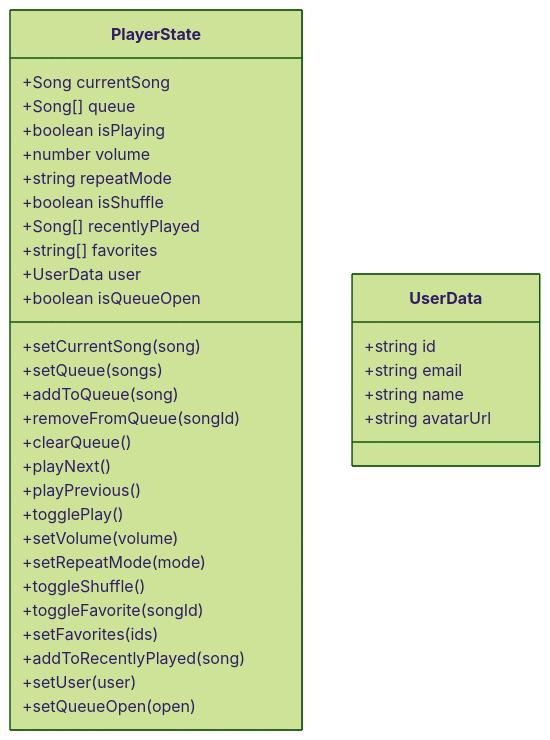
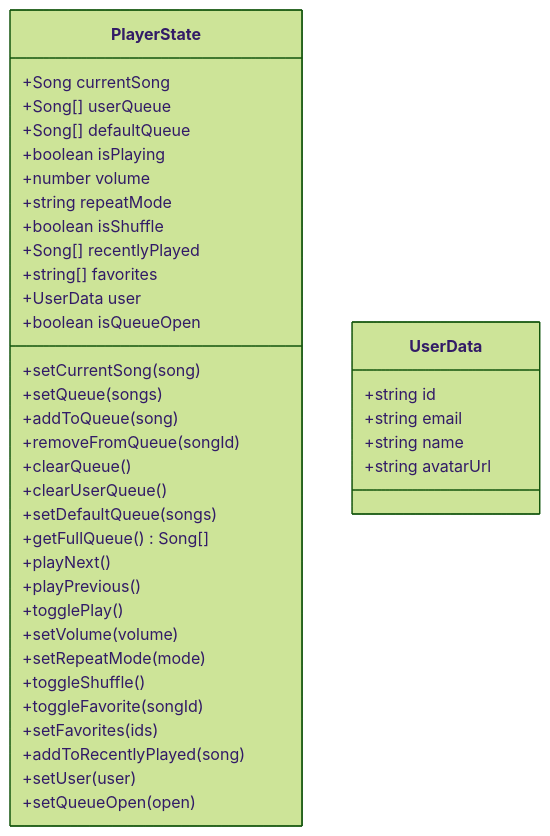
The third of 11 diagrams in .qoder/repowiki/en/content/State Management/State Management.md (moindestiny/SonicStream), drawn with Mermaid (forest theme) before and after one commit. The commit also changed other lines of this file and 5 other files, not shown here.

````diff
--- a/.qoder/repowiki/en/content/State Management/State Management.md
+++ b/.qoder/repowiki/en/content/State Management/State Management.md
@@ -150,37 +175,41 @@
 ```mermaid
 classDiagram
 class PlayerState {
 +Song currentSong
-+Song[] queue
++Song[] userQueue
++Song[] defaultQueue
 +boolean isPlaying
 +number volume
 +string repeatMode
 +boolean isShuffle
 +Song[] recentlyPlayed
 +string[] favorites
 +UserData user
 +boolean isQueueOpen
 +setCurrentSong(song)
 +setQueue(songs)
 +addToQueue(song)
 +removeFromQueue(songId)
 +clearQueue()
++clearUserQueue()
++setDefaultQueue(songs)
++getFullQueue() Song[]
 +playNext()
 +playPrevious()
 +togglePlay()
 +setVolume(volume)
 +setRepeatMode(mode)
 +toggleShuffle()
 +toggleFavorite(songId)
 +setFavorites(ids)
 +addToRecentlyPlayed(song)
 +setUser(user)
 +setQueueOpen(open)
 }
 class UserData {
 +string id
 +string email
 +string name
 +string avatarUrl
 }
 ```
````
